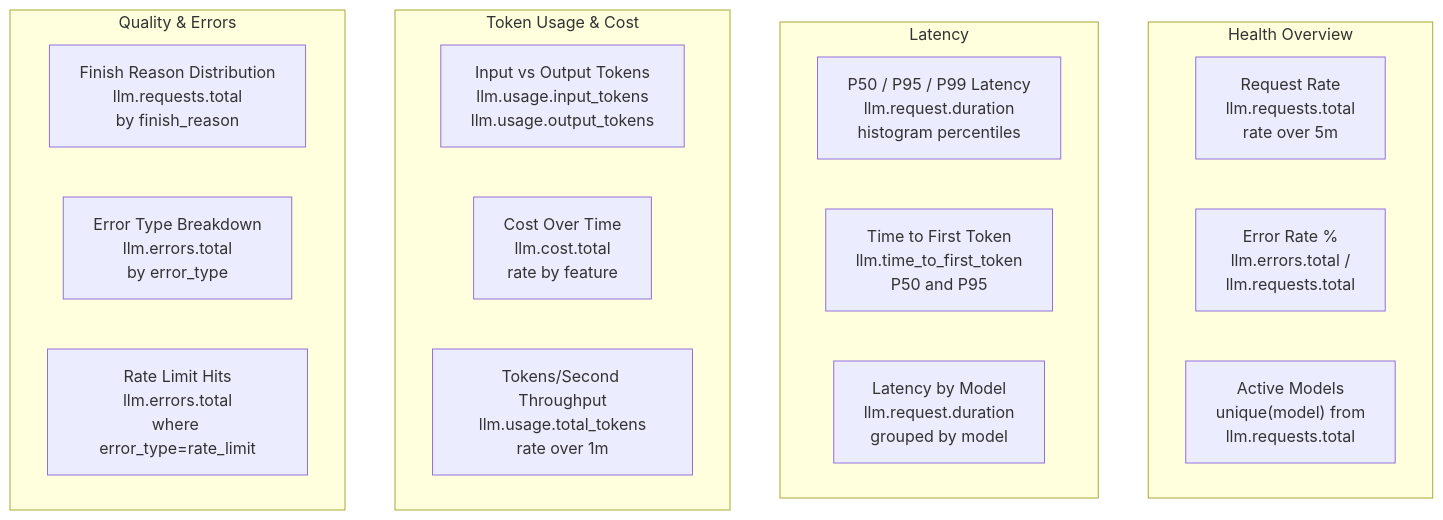
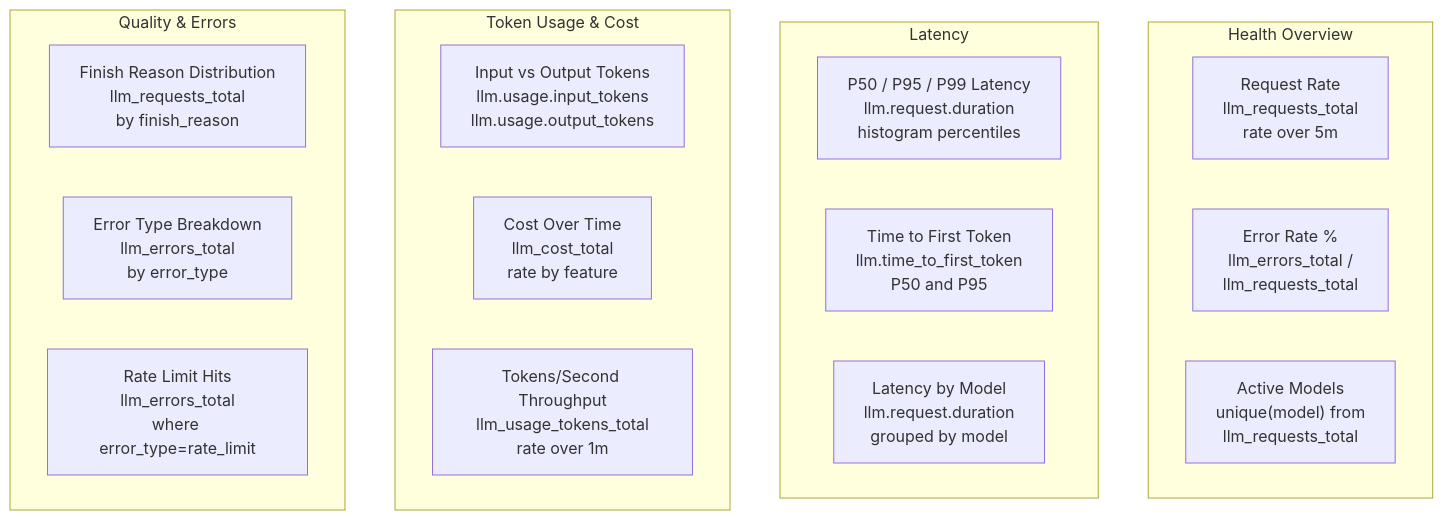
The second of 2 diagrams in posts/2026-02-06-llm-observability-dashboard-opentelemetry-metrics/README.md (OneUptime/blog), drawn with Mermaid before and after one commit. The commit also changed other lines of this file and 2 other files, not shown here.

Commit message:
validate: 2026-02-06-llm-observability-dashboard-opentelemetry-metrics

````diff
--- a/posts/2026-02-06-llm-observability-dashboard-opentelemetry-metrics/README.md
+++ b/posts/2026-02-06-llm-observability-dashboard-opentelemetry-metrics/README.md
@@ -301,26 +310,26 @@
 ```mermaid
 flowchart TB
     subgraph Row1["Health Overview"]
-        A["Request Rate<br/>llm.requests.total<br/>rate over 5m"]
-        B["Error Rate %<br/>llm.errors.total /<br/>llm.requests.total"]
-        C["Active Models<br/>unique(model) from<br/>llm.requests.total"]
+        A["Request Rate<br/>llm_requests_total<br/>rate over 5m"]
+        B["Error Rate %<br/>llm_errors_total /<br/>llm_requests_total"]
+        C["Active Models<br/>unique(model) from<br/>llm_requests_total"]
     end
 
     subgraph Row2["Latency"]
         D["P50 / P95 / P99 Latency<br/>llm.request.duration<br/>histogram percentiles"]
         E["Time to First Token<br/>llm.time_to_first_token<br/>P50 and P95"]
         F["Latency by Model<br/>llm.request.duration<br/>grouped by model"]
     end
 
     subgraph Row3["Token Usage & Cost"]
         G["Input vs Output Tokens<br/>llm.usage.input_tokens<br/>llm.usage.output_tokens"]
-        H["Cost Over Time<br/>llm.cost.total<br/>rate by feature"]
-        I["Tokens/Second Throughput<br/>llm.usage.total_tokens<br/>rate over 1m"]
+        H["Cost Over Time<br/>llm_cost_total<br/>rate by feature"]
+        I["Tokens/Second Throughput<br/>llm_usage_tokens_total<br/>rate over 1m"]
     end
 
     subgraph Row4["Quality & Errors"]
-        J["Finish Reason Distribution<br/>llm.requests.total<br/>by finish_reason"]
-        K["Error Type Breakdown<br/>llm.errors.total<br/>by error_type"]
-        L["Rate Limit Hits<br/>llm.errors.total<br/>where error_type=rate_limit"]
+        J["Finish Reason Distribution<br/>llm_requests_total<br/>by finish_reason"]
+        K["Error Type Breakdown<br/>llm_errors_total<br/>by error_type"]
+        L["Rate Limit Hits<br/>llm_errors_total<br/>where error_type=rate_limit"]
     end
 ```
````
